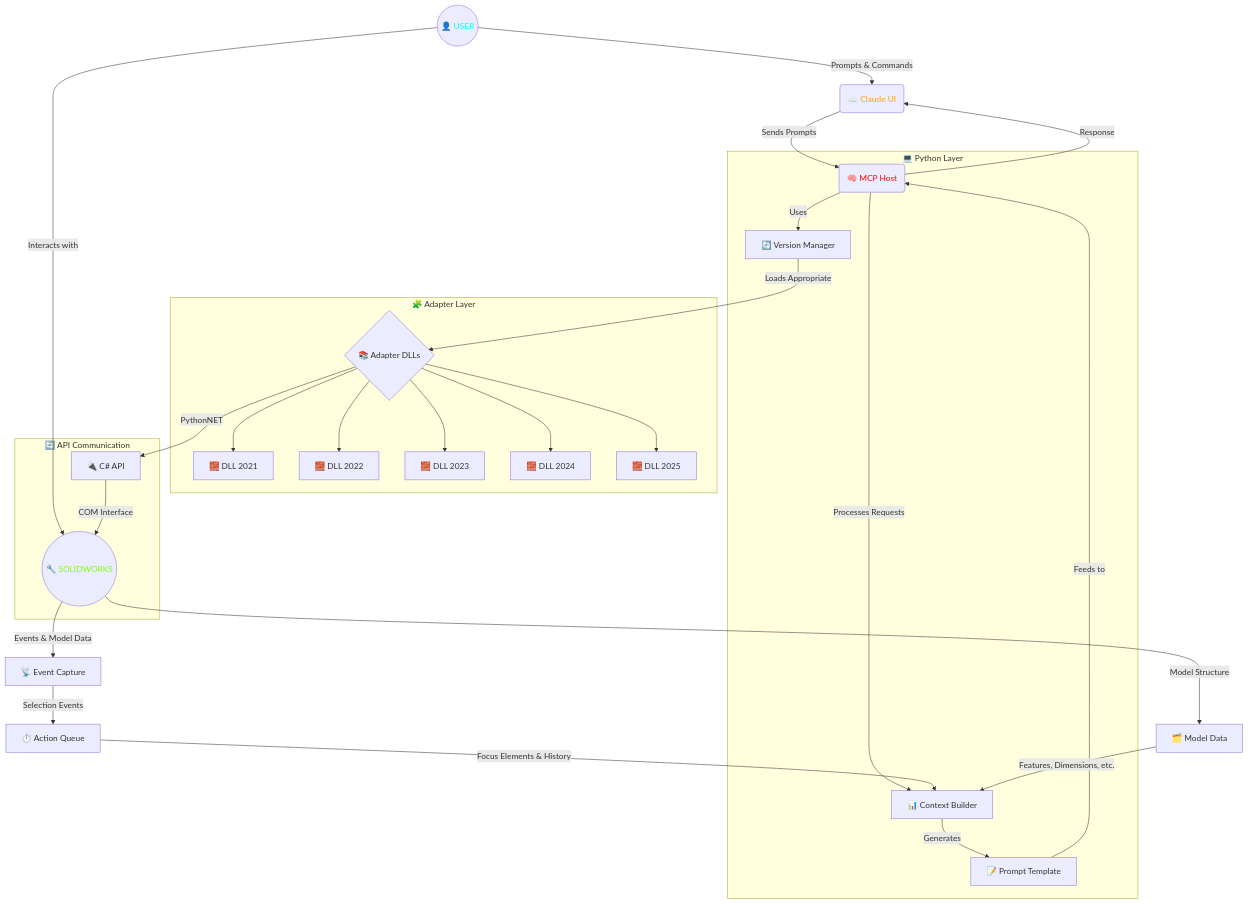
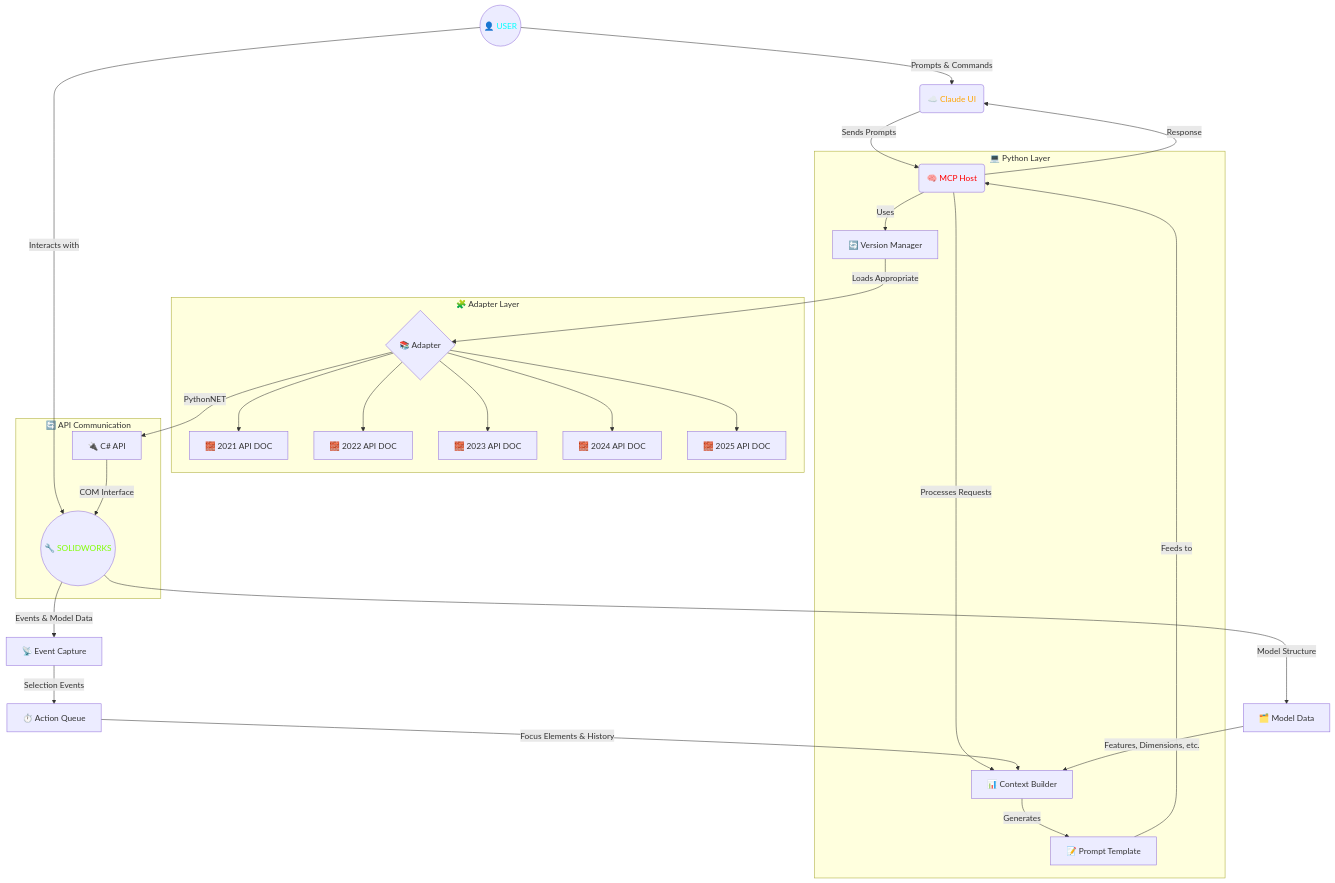
The diagram in docs/system-architecture.mmd (vespo92/mcp-server-solidworks), drawn with Mermaid before and after one commit.

Commit message:
bye .dll

```diff
--- a/docs/system-architecture.mmd
+++ b/docs/system-architecture.mmd
@@ -1,44 +1,44 @@
 flowchart TD
     classDef user color:aqua;
     classDef claude color:orange;
     classDef mcphost color:red;
     classDef solidworks color:chartreuse;
 
     Start(("👤 USER")):::user
     ClaudeUI("☁️ Claude UI"):::claude
     MCPHost("🧠 MCP Host"):::mcphost
     SolidWorks(("🔧 SOLIDWORKS")):::solidworks
 
     Start -->|"Prompts & Commands"| ClaudeUI
     Start -->|"Interacts with"| SolidWorks
     ClaudeUI -->|"Sends Prompts"| MCPHost
 
     subgraph PythonLayer["💻 Python Layer"]
         MCPHost -->|"Processes Requests"| ContextBuilder["📊 Context Builder"]
         ContextBuilder -->|"Generates"| PromptTemplate["📝 Prompt Template"]
         PromptTemplate -->|"Feeds to"| MCPHost
         MCPHost -->|"Uses"| VersionManager["🔄 Version Manager"]
     end
 
     subgraph AdapterLayer["🧩 Adapter Layer"]
-        VersionManager -->|"Loads Appropriate"| AdapterDLLs{"📚 Adapter DLLs"}
-        AdapterDLLs --> SW2021["🧱 DLL 2021"]
-        AdapterDLLs --> SW2022["🧱 DLL 2022"]
-        AdapterDLLs --> SW2023["🧱 DLL 2023"]
-        AdapterDLLs --> SW2024["🧱 DLL 2024"]
-        AdapterDLLs --> SW2025["🧱 DLL 2025"]
+        VersionManager -->|"Loads Appropriate"| Adapter{"📚 Adapter"}
+        Adapter --> SW2021["🧱 2021 API DOC"]
+        Adapter --> SW2022["🧱 2022 API DOC"]
+        Adapter --> SW2023["🧱 2023 API DOC"]
+        Adapter --> SW2024["🧱 2024 API DOC"]
+        Adapter --> SW2025["🧱 2025 API DOC"]
     end
 
     subgraph APICommunication["🔄 API Communication"]
-        AdapterDLLs -->|"PythonNET"| CSharpAPI["🔌 C# API"]
+        Adapter -->|"PythonNET"| CSharpAPI["🔌 C# API"]
         CSharpAPI -->|"COM Interface"| SolidWorks
     end
 
     SolidWorks -->|"Events & Model Data"| EventCapture["📡 Event Capture"]
     EventCapture -->|"Selection Events"| ActionQueue["⏱️ Action Queue"]
     ActionQueue -->|"Focus Elements & History"| ContextBuilder
 
     SolidWorks -->|"Model Structure"| ModelData["🗂️ Model Data"]
     ModelData -->|"Features, Dimensions, etc."| ContextBuilder
 
     MCPHost -->|"Response"| ClaudeUI
```
